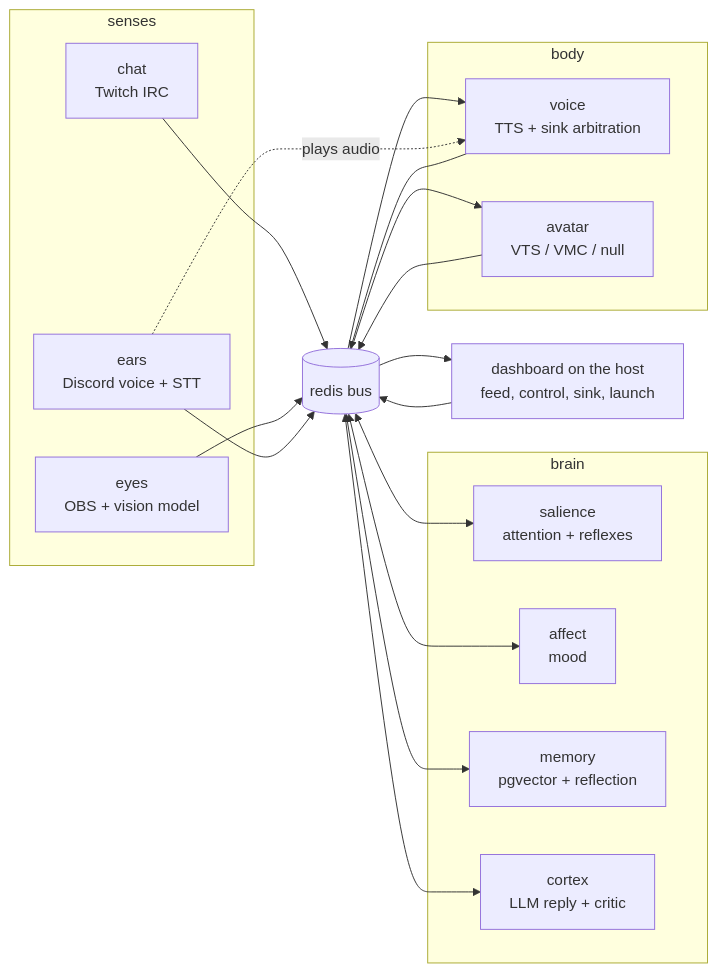
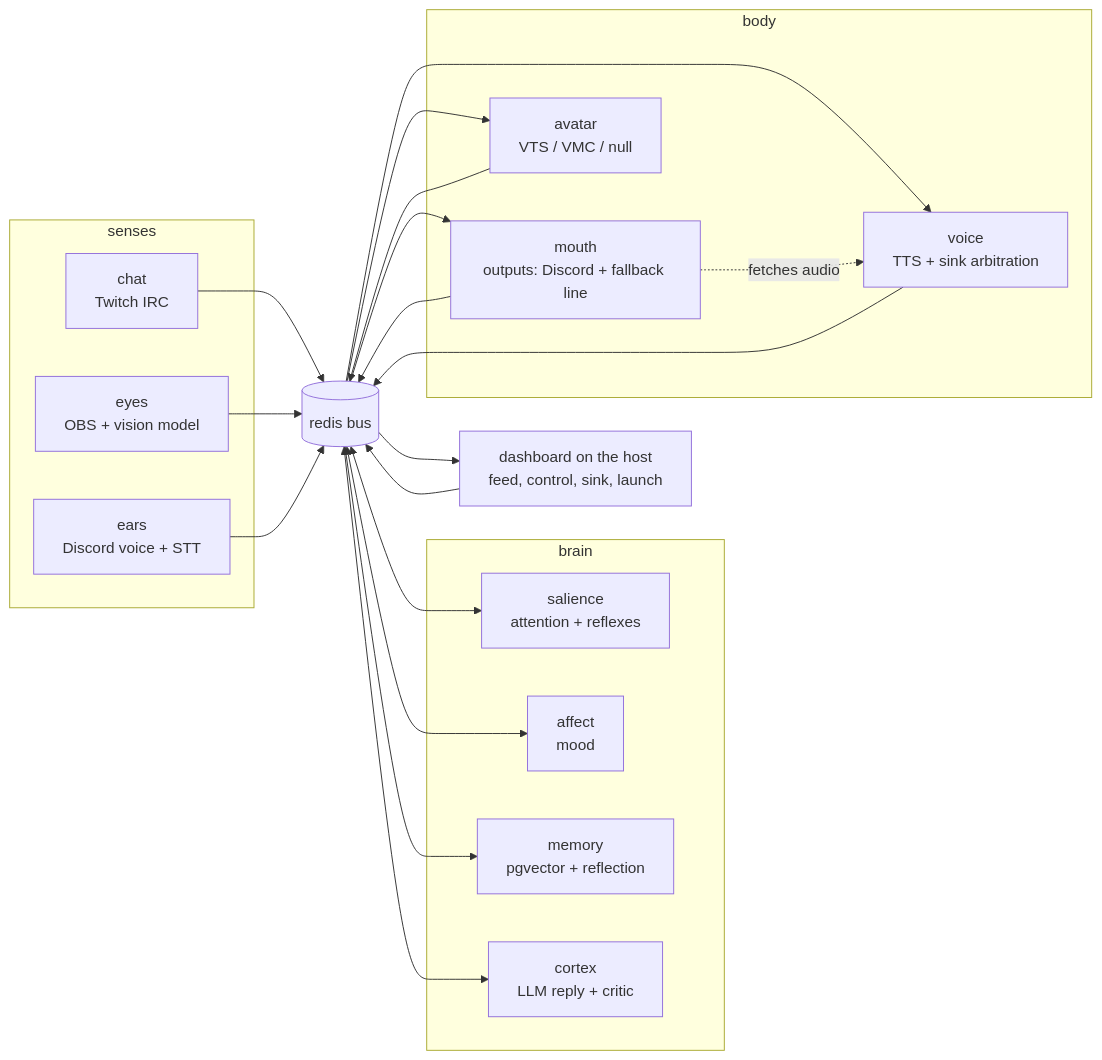
The diagram in docs/high-level-design.md (CoderCoco-Studios/cohost), drawn with Mermaid before and after one commit. The commit also changed other lines of this file and 22 other files, not shown here.

````diff
--- a/docs/high-level-design.md
+++ b/docs/high-level-design.md
@@ -281,28 +278,30 @@
 ```mermaid
 flowchart LR
   subgraph senses
     chat[chat<br/>Twitch IRC]
     eyes[eyes<br/>OBS + vision model]
     ears[ears<br/>Discord voice + STT]
   end
   subgraph brain
     salience[salience<br/>attention + reflexes]
     affect[affect<br/>mood]
     memory[memory<br/>pgvector + reflection]
     cortex[cortex<br/>LLM reply + critic]
   end
   subgraph body
     voice[voice<br/>TTS + sink arbitration]
+    mouth[mouth<br/>outputs: Discord + fallback line]
     avatar[avatar<br/>VTS / VMC / null]
   end
   dashboard[dashboard on the host<br/>feed, control, sink, launch]
   bus[(redis bus)]
 
   chat & eyes & ears --> bus
   bus <--> salience & affect & memory & cortex
-  bus --> voice & avatar & dashboard
+  bus --> voice & mouth & avatar & dashboard
   voice --> bus
+  mouth --> bus
   avatar --> bus
   dashboard --> bus
-  ears -. plays audio .-> voice
+  mouth -. fetches audio .-> voice
 ```
````
